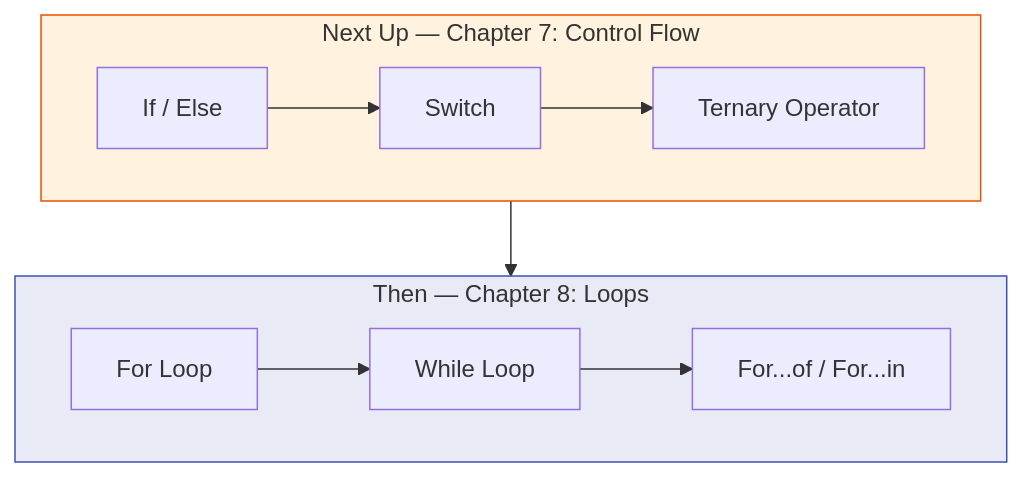
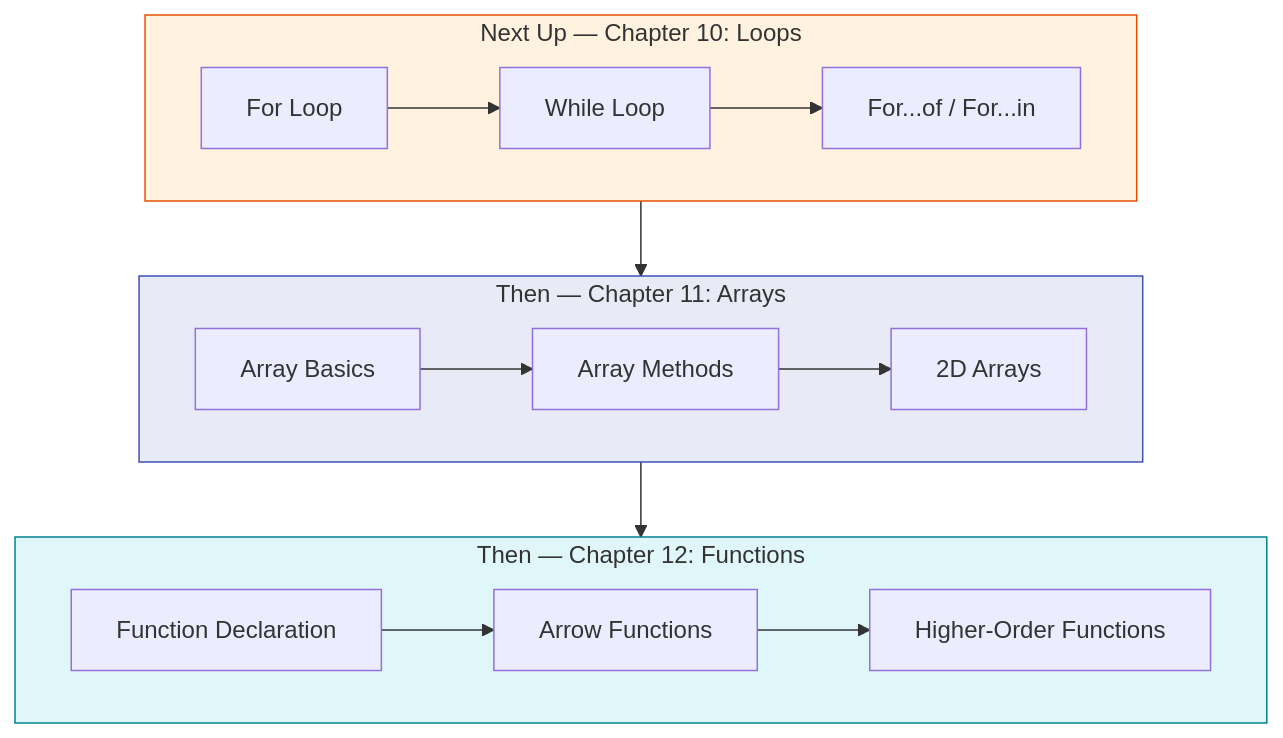
The fifth of 7 diagrams in README.md (HBSahoo/LearnPlaywrightBatch2x), drawn with Mermaid before and after one commit. The commit also changed other lines of this file and 28 other files, not shown here.

````diff
--- a/README.md
+++ b/README.md
@@ -491,17 +625,23 @@
 ```mermaid
 graph TD
-    subgraph next["Next Up — Chapter 7: Control Flow"]
-        N1[If / Else] --> N2[Switch]
-        N2 --> N3[Ternary Operator]
+    subgraph next["Next Up — Chapter 10: Loops"]
+        N1[For Loop] --> N2[While Loop]
+        N2 --> N3[For...of / For...in]
     end
 
-    subgraph then["Then — Chapter 8: Loops"]
-        T1[For Loop] --> T2[While Loop]
-        T2 --> T3[For...of / For...in]
+    subgraph then["Then — Chapter 11: Arrays"]
+        T1[Array Basics] --> T2[Array Methods]
+        T2 --> T3[2D Arrays]
     end
 
-    next --> then
+    subgraph then2["Then — Chapter 12: Functions"]
+        F1[Function Declaration] --> F2[Arrow Functions]
+        F2 --> F3[Higher-Order Functions]
+    end
+
+    next --> then --> then2
 
     style next fill:#fff3e0,stroke:#e65100
     style then fill:#e8eaf6,stroke:#3f51b5
+    style then2 fill:#e0f7fa,stroke:#00838f
 ```
````
